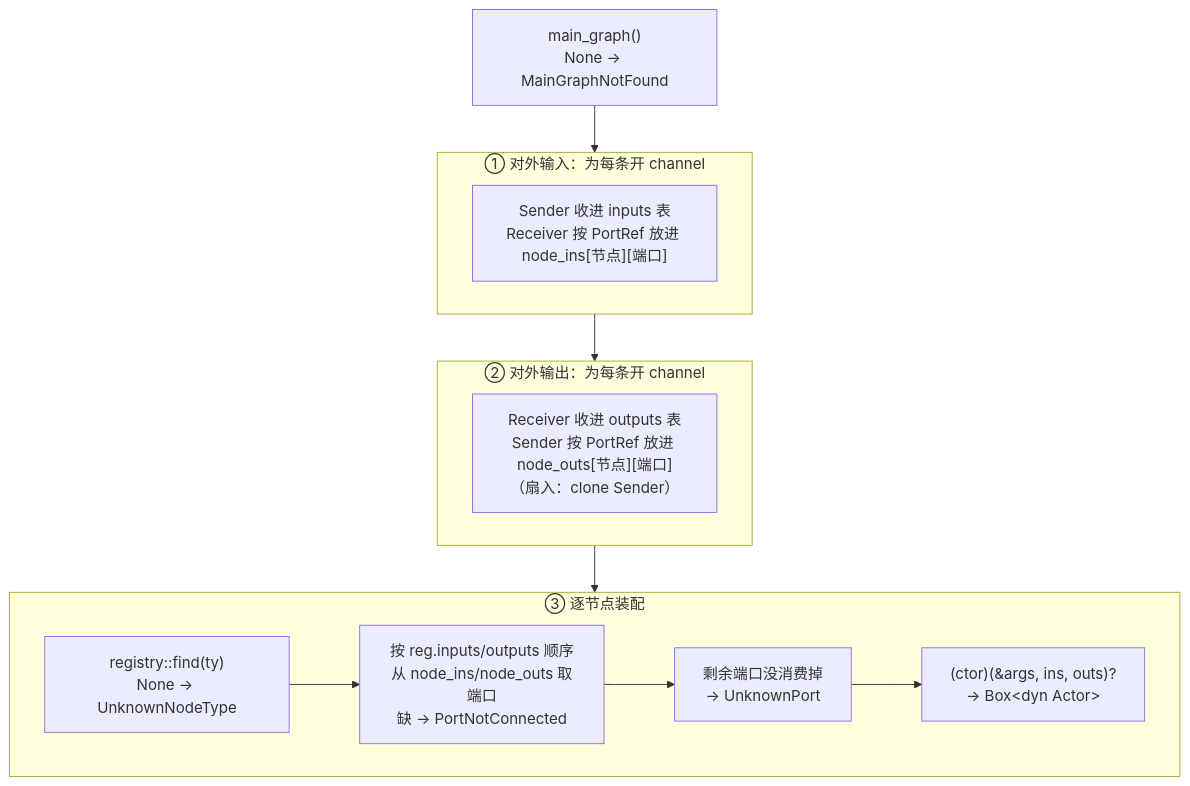
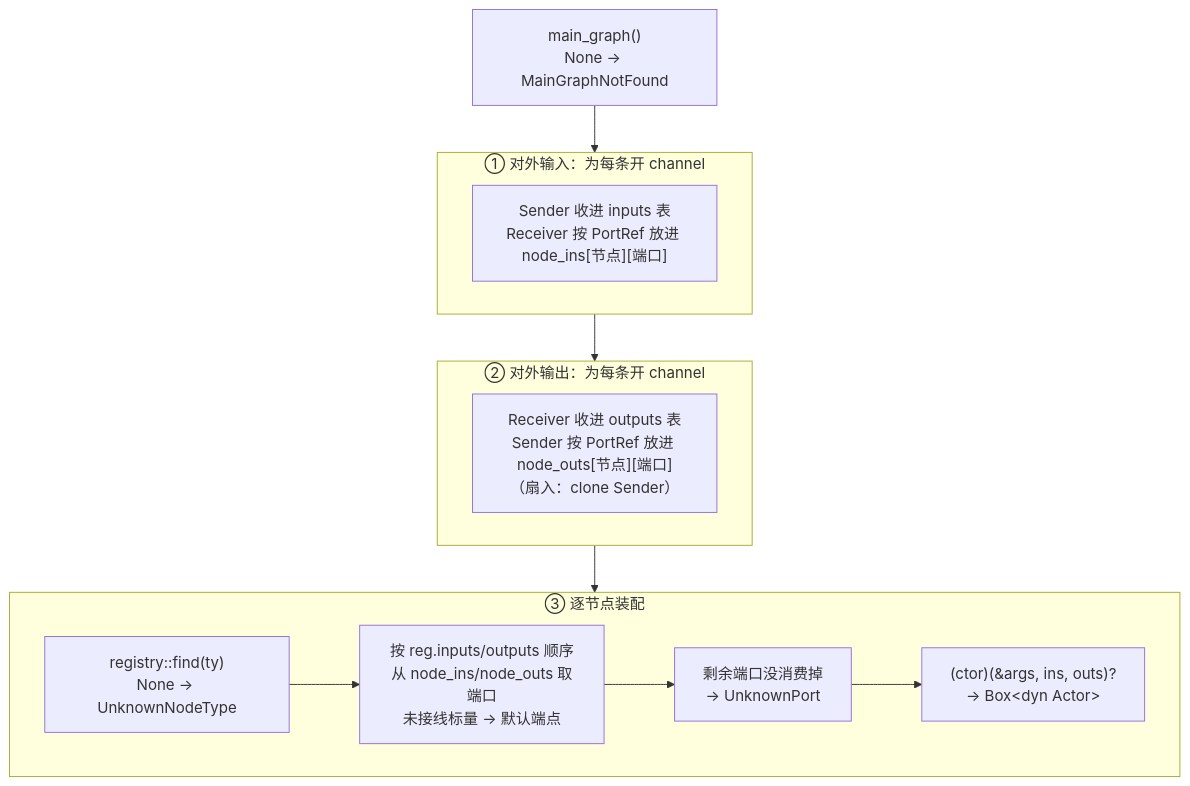
One commit to zhenbodou/megflow_rebuild changed the second of 2 diagrams in book/src/part3/ch02-graph-builder.md. Above: the diagram before and after it, drawn with Mermaid. The commit also changed other lines of this file and 30 other files, not shown here.

````diff
--- a/book/src/part3/ch02-graph-builder.md
+++ b/book/src/part3/ch02-graph-builder.md
@@ -130,19 +134,19 @@
 ```mermaid
 flowchart TB
     S["main_graph()<br/>None → MainGraphNotFound"] --> I
     subgraph I["① 对外输入：为每条开 channel"]
         I1["Sender 收进 inputs 表<br/>Receiver 按 PortRef 放进 node_ins[节点][端口]"]
     end
     I --> O
     subgraph O["② 对外输出：为每条开 channel"]
         O1["Receiver 收进 outputs 表<br/>Sender 按 PortRef 放进 node_outs[节点][端口]<br/>（扇入：clone Sender）"]
     end
     O --> N
     subgraph N["③ 逐节点装配"]
         N1["registry::find(ty)<br/>None → UnknownNodeType"]
-        N2["按 reg.inputs/outputs 顺序<br/>从 node_ins/node_outs 取端口<br/>缺 → PortNotConnected"]
+        N2["按 reg.inputs/outputs 顺序<br/>从 node_ins/node_outs 取端口<br/>未接线标量 → 默认端点"]
         N3["剩余端口没消费掉<br/>→ UnknownPort"]
         N4["(ctor)(&args, ins, outs)?<br/>→ Box&lt;dyn Actor&gt;"]
         N1 --> N2 --> N3 --> N4
     end
 ```
````
